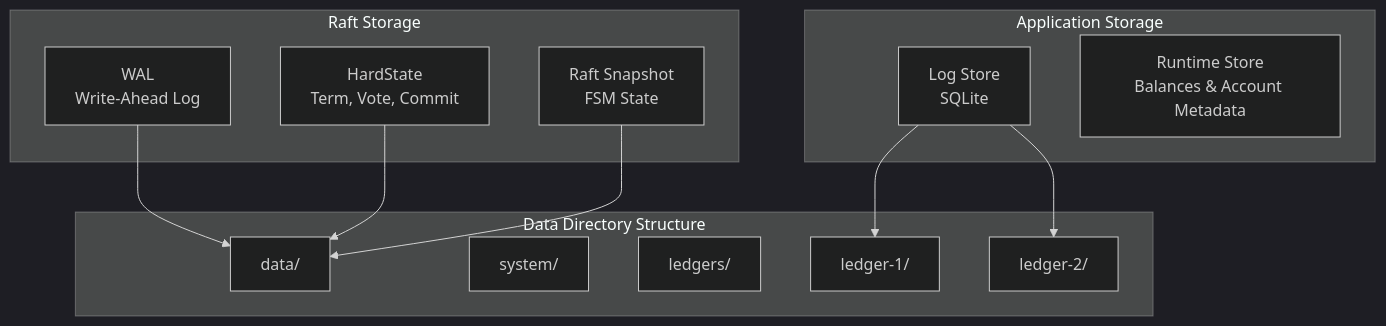
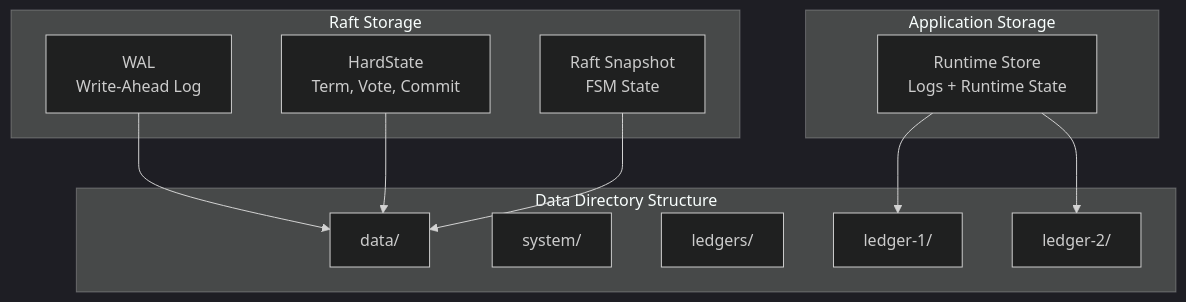
The diagram in docs/storage.md (formancehq/ledger), drawn with Mermaid (dark theme) before and after one commit. The commit also changed other lines of this file and 66 other files, not shown here.

````diff
--- a/docs/storage.md
+++ b/docs/storage.md
@@ -14,27 +13,26 @@
 ```mermaid
 graph TB
     subgraph "Raft Storage"
         WAL[WAL<br/>Write-Ahead Log]
         HardState[HardState<br/>Term, Vote, Commit]
         Snapshot[Raft Snapshot<br/>FSM State]
     end
     
     subgraph "Application Storage"
-        logstore[Log Store<br/>SQLite]
-        RuntimeStore[Runtime Store<br/>Balances & Account Metadata]
+        RuntimeStore[Runtime Store<br/>Logs + Runtime State]
     end
     
     subgraph "Data Directory Structure"
         DataDir[data/]
         SystemDir[system/]
         ledgerDir[ledgers/]
         ledger1[ledger-1/]
         ledger2[ledger-2/]
     end
     
     WAL --> DataDir
     HardState --> DataDir
     Snapshot --> DataDir
-    logstore --> ledger1
-    logstore --> ledger2
+    RuntimeStore --> ledger1
+    RuntimeStore --> ledger2
 ```
````
